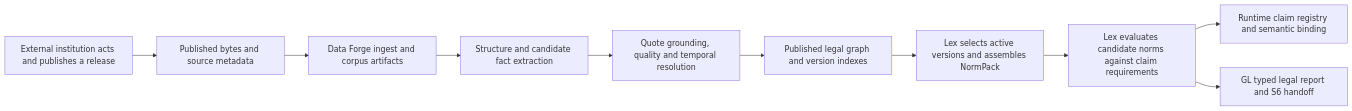
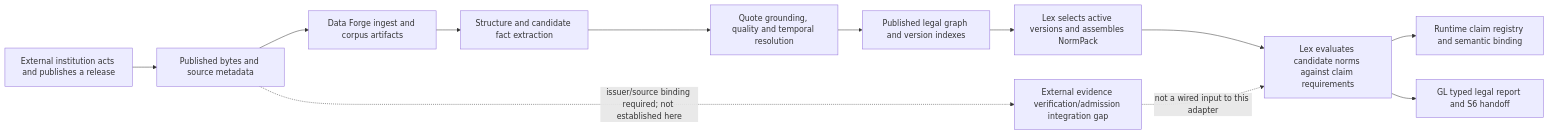
The diagram in policy-engine/docs/explanation/lex-pipeline.md (DenisKopylov/polisyos), drawn with Mermaid before and after one commit. The commit also changed other lines of this file and 344 other files, not shown here.

````diff
--- a/policy-engine/docs/explanation/lex-pipeline.md
+++ b/policy-engine/docs/explanation/lex-pipeline.md
@@ -16,12 +16,14 @@
 ```mermaid
 flowchart LR
     Act["External institution acts and publishes a release"] --> Bytes["Published bytes and source metadata"]
     Bytes --> Ingest["Data Forge ingest and corpus artifacts"]
     Ingest --> Candidate["Structure and candidate fact extraction"]
     Candidate --> Ground["Quote grounding, quality and temporal resolution"]
     Ground --> Index["Published legal graph and version indexes"]
     Index --> Pack["Lex selects active versions and assembles NormPack"]
     Pack --> Assessment["Lex evaluates candidate norms against claim requirements"]
     Assessment --> Consumer["Runtime claim registry and semantic binding"]
     Assessment --> GL["GL typed legal report and S6 handoff"]
+    Bytes -. "issuer/source binding required; not established here" .-> Verification["External evidence verification/admission integration gap"]
+    Verification -. "not a wired input to this adapter" .-> Assessment
 ```
````
